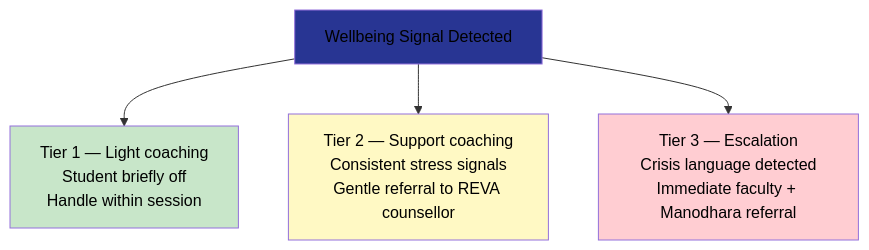
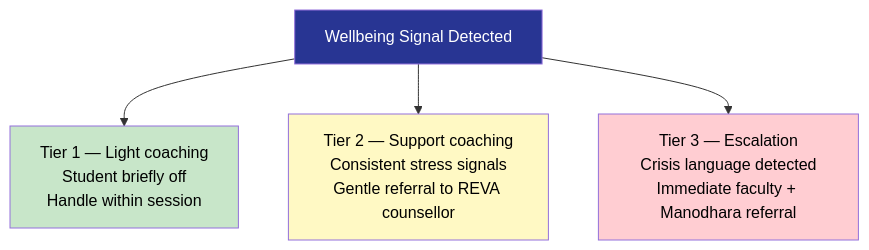
One commit to sanchitnis/SrujanaBuddy changed diagram 12 of 15 in review/srujanabuddy-leadership-demo-v1.0.md. Above: the diagram before and after it, drawn with Mermaid. The commit also changed other lines of this file and 4 other files, not shown here.

````diff
--- a/review/srujanabuddy-leadership-demo-v1.0.md
+++ b/review/srujanabuddy-leadership-demo-v1.0.md
@@ -529,12 +529,12 @@
 ```mermaid
 flowchart TD
     CHECK["Wellbeing Signal Detected"]
     CHECK --> L1["Tier 1 — Light coaching\nStudent briefly off\nHandle within session"]
     CHECK --> L2["Tier 2 — Support coaching\nConsistent stress signals\nGentle referral to REVA counsellor"]
     CHECK --> L3["Tier 3 — Escalation\nCrisis language detected\nImmediate faculty + Manodhara referral"]
 
-    style CHECK fill:#283593,color:#000
+    style CHECK fill:#283593,color:#fff
     style L1 fill:#c8e6c9,color:#000
     style L2 fill:#fff9c4,color:#000
     style L3 fill:#ffcdd2,color:#000
 ```
````
